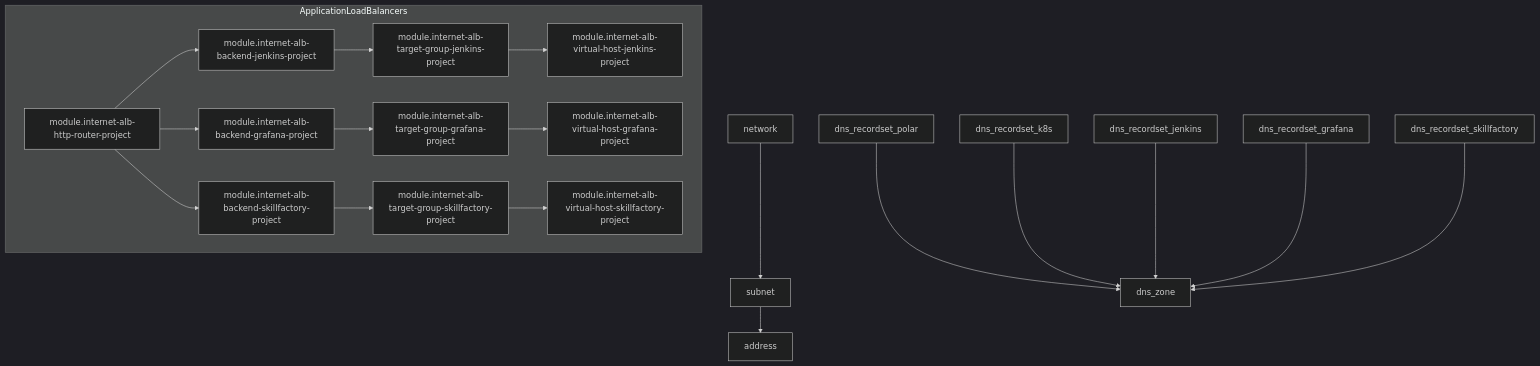
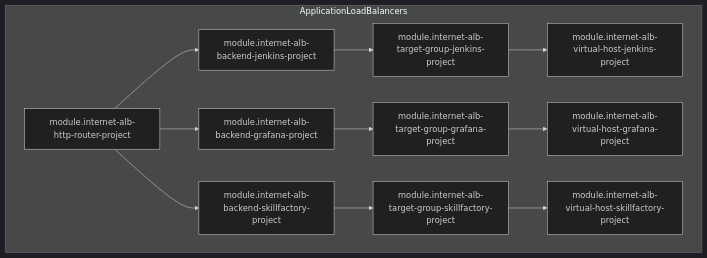
The third of 4 diagrams in README.md (Morshimus/SkillFactory-Diploma-Work), drawn with Mermaid (dark theme) before and after one commit.

````diff
--- a/README.md
+++ b/README.md
@@ -38,40 +48,29 @@
 ```mermaid
 
 graph TD
 
 subgraph ApplicationLoadBalancers
     http_router["module.internet-alb-http-router-project"]
     backend_jenkins["module.internet-alb-backend-jenkins-project"]
     backend_grafana["module.internet-alb-backend-grafana-project"]
     backend_skillfactory["module.internet-alb-backend-skillfactory-project"]
     target_group_jenkins["module.internet-alb-target-group-jenkins-project"]
     target_group_grafana["module.internet-alb-target-group-grafana-project"]
     target_group_skillfactory["module.internet-alb-target-group-skillfactory-project"]
     virtual_host_jenkins["module.internet-alb-virtual-host-jenkins-project"]
     virtual_host_grafana["module.internet-alb-virtual-host-grafana-project"]
     virtual_host_skillfactory["module.internet-alb-virtual-host-skillfactory-project"]
 end
-
-network --> subnet
-subnet --> address
-
-dns_zone
-dns_recordset_polar --> dns_zone
-dns_recordset_k8s --> dns_zone
-dns_recordset_jenkins --> dns_zone
-dns_recordset_grafana --> dns_zone
-dns_recordset_skillfactory --> dns_zone
-
 http_router --> backend_jenkins
 http_router --> backend_grafana
 http_router --> backend_skillfactory
 
 backend_jenkins --> target_group_jenkins
 backend_grafana --> target_group_grafana
 backend_skillfactory --> target_group_skillfactory
 
 target_group_jenkins --> virtual_host_jenkins
 target_group_grafana --> virtual_host_grafana
 target_group_skillfactory --> virtual_host_skillfactory
 
 ```
````
